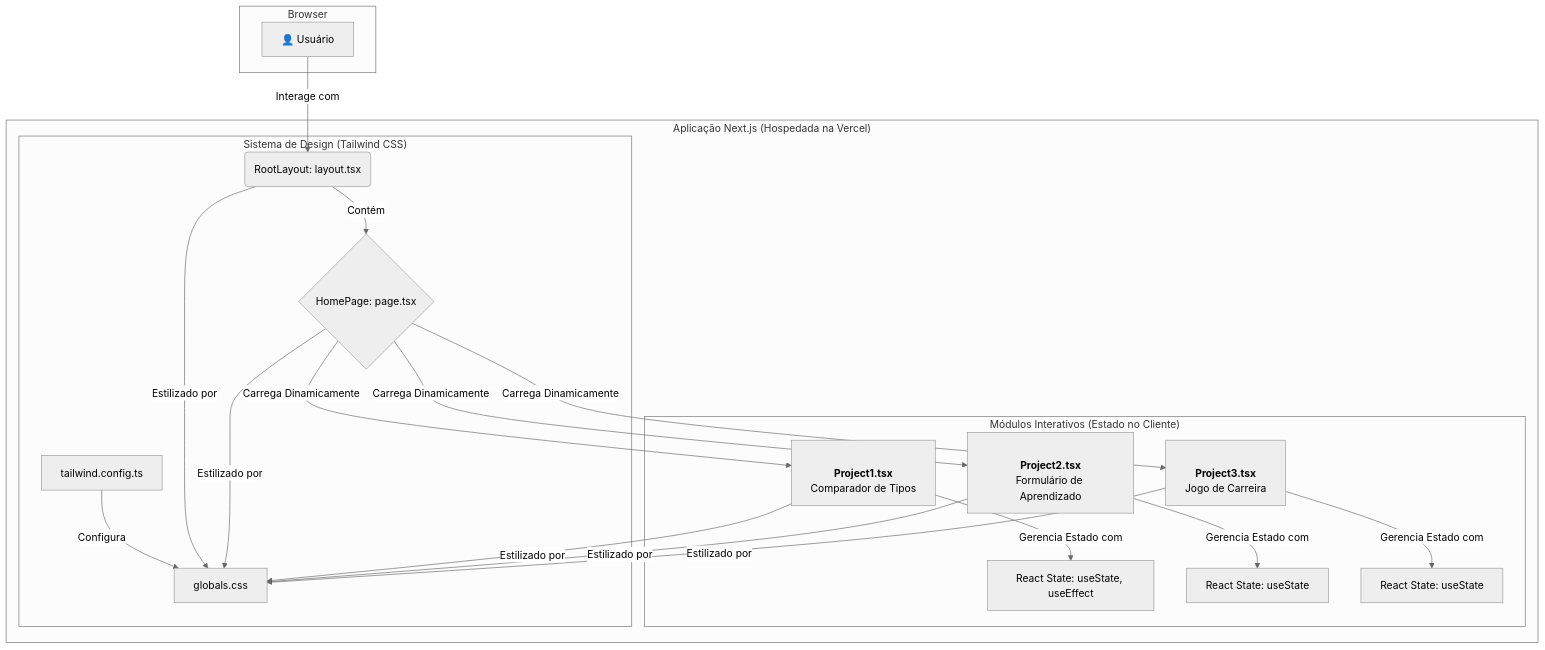
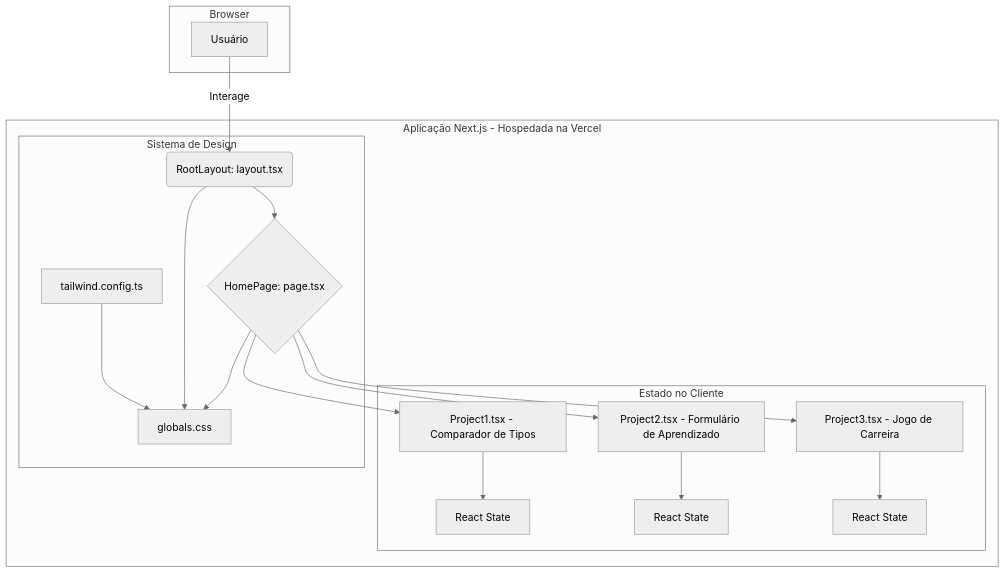
The diagram in README.md (ESousa97/seven-of-days-code), drawn with Mermaid (neutral theme) before and after one commit. The commit also changed other lines of this file, not shown here.

First line of the commit message:
Revise README for project status and details

````diff
--- a/README.md
+++ b/README.md
@@ -70,30 +80,27 @@
 ```mermaid
 graph TD
     subgraph "Browser"
-        A[👤 Usuário]
+        A[Usuário]
     end
 
-    subgraph "Aplicação Next.js (Hospedada na Vercel)"
-        B(RootLayout: layout.tsx) -- Contém --> C{HomePage: page.tsx}
-        C -- Carrega Dinamicamente --> P1[<br><b>Project1.tsx</b><br>Comparador de Tipos]
-        C -- Carrega Dinamicamente --> P2[<br><b>Project2.tsx</b><br>Formulário de Aprendizado]
-        C -- Carrega Dinamicamente --> P3[<br><b>Project3.tsx</b><br>Jogo de Carreira]
+    subgraph "Aplicação Next.js - Hospedada na Vercel"
+        B(RootLayout: layout.tsx) --> C{HomePage: page.tsx}
+        C --> P1[Project1.tsx - Comparador de Tipos]
+        C --> P2[Project2.tsx - Formulário de Aprendizado]
+        C --> P3[Project3.tsx - Jogo de Carreira]
 
-        subgraph "Módulos Interativos (Estado no Cliente)"
-            P1 -- Gerencia Estado com --> S1[React State: useState, useEffect]
-            P2 -- Gerencia Estado com --> S2[React State: useState]
-            P3 -- Gerencia Estado com --> S3[React State: useState]
+        subgraph "Estado no Cliente"
+            P1 --> S1[React State]
+            P2 --> S2[React State]
+            P3 --> S3[React State]
         end
 
-        subgraph "Sistema de Design (Tailwind CSS)"
-            T[tailwind.config.ts] -- Configura --> G[globals.css]
-            B -- Estilizado por --> G
-            C -- Estilizado por --> G
-            P1 -- Estilizado por --> G
-            P2 -- Estilizado por --> G
-            P3 -- Estilizado por --> G
+        subgraph "Sistema de Design"
+            T[tailwind.config.ts] --> G[globals.css]
+            B --> G
+            C --> G
         end
     end
 
-    A -- Interage com --> B
+    A -->|Interage| B
 ```
````
